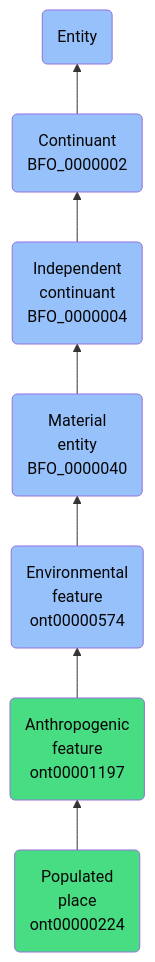
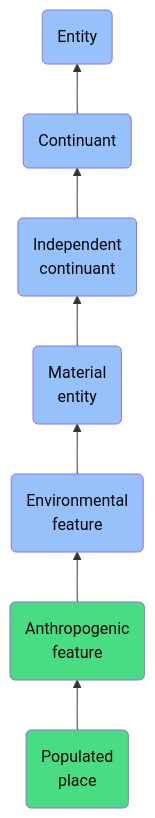
The diagram in docs/ontology/reference/model/Entity/Continuant/Independent continuant/Material entity/Environmental feature/Anthropogenic feature/Populated place/Populated place.md (jupyter-naas/abi), drawn with Mermaid before and after one commit. The commit also changed other lines of this file and 1430 other files, not shown here.

````diff
--- a/docs/ontology/reference/model/Entity/Continuant/Independent continuant/Material entity/Environmental feature/Anthropogenic feature/Populated place/Populated place.md
+++ b/docs/ontology/reference/model/Entity/Continuant/Independent continuant/Material entity/Environmental feature/Anthropogenic feature/Populated place/Populated place.md
@@ -24,14 +24,14 @@
 ```mermaid
 graph BT
-    ont00000224(Populated<br>place<br>ont00000224):::ABI-->ont00001197
-    ont00001197(Anthropogenic<br>feature<br>ont00001197):::ABI-->ont00000574
-    ont00000574(Environmental<br>feature<br>ont00000574):::BFO-->BFO_0000040
-    BFO_0000040(Material<br>entity<br>BFO_0000040):::BFO-->BFO_0000004
-    BFO_0000004(Independent<br>continuant<br>BFO_0000004):::BFO-->BFO_0000002
-    BFO_0000002(Continuant<br>BFO_0000002):::BFO-->BFO_0000001
+    ont00000224(Populated<br>place):::ABI-->ont00001197
+    ont00001197(Anthropogenic<br>feature):::ABI-->ont00000574
+    ont00000574(Environmental<br>feature):::BFO-->BFO_0000040
+    BFO_0000040(Material<br>entity):::BFO-->BFO_0000004
+    BFO_0000004(Independent<br>continuant):::BFO-->BFO_0000002
+    BFO_0000002(Continuant):::BFO-->BFO_0000001
     BFO_0000001(Entity):::BFO
     
     classDef BFO fill:#97c1fb,color:#060606
     classDef CCO fill:#e4c51e,color:#060606
     classDef ABI fill:#48DD82,color:#060606
 ```
````
